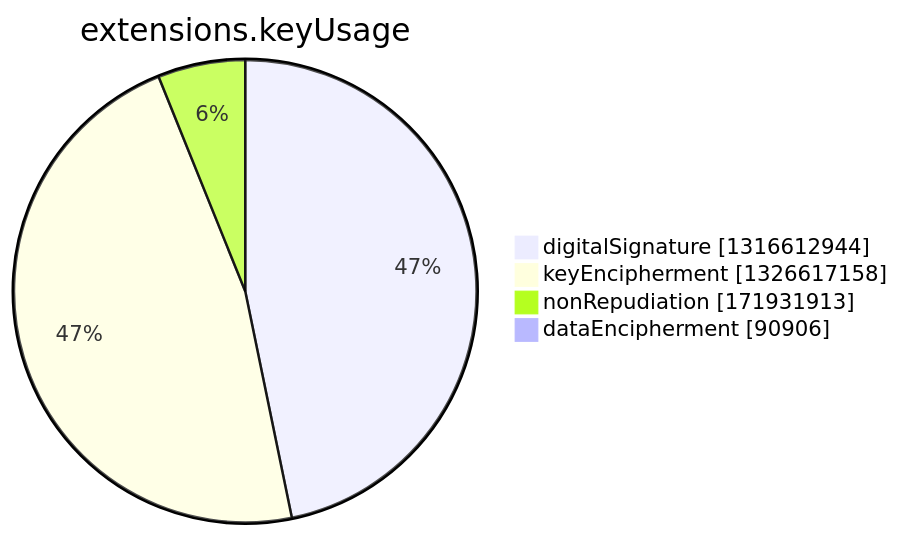
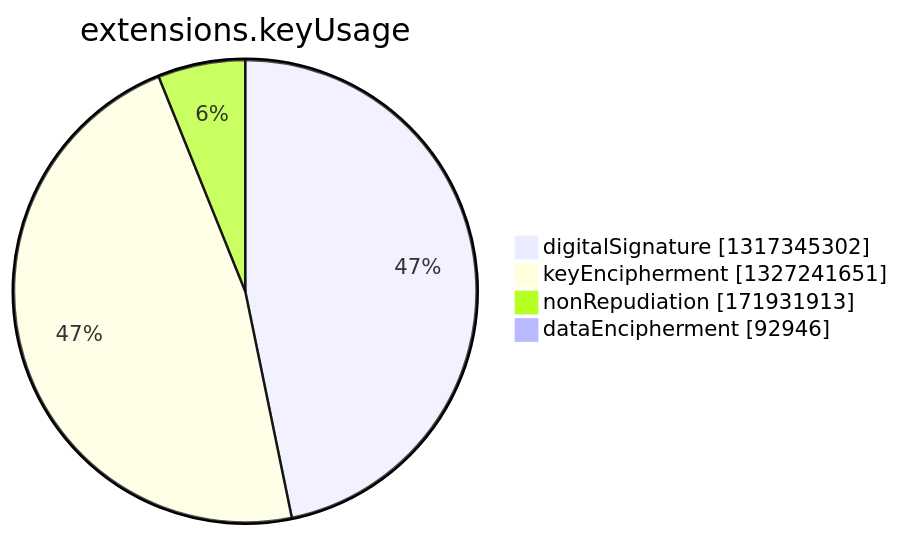
Before and after one commit to christiankrug/ctmonitor_visualization: the seventh of 15 diagrams in argon2022/README.md, drawn with Mermaid. The commit also changed other lines of this file, not shown here.

````diff
--- a/argon2022/README.md
+++ b/argon2022/README.md
@@ -2750,8 +2750,8 @@
 ```mermaid
 pie showData
 title extensions.keyUsage
-"digitalSignature" :1316612944
-"keyEncipherment" :1326617158
+"digitalSignature" :1317345302
+"keyEncipherment" :1327241651
 "nonRepudiation" :171931913
-"dataEncipherment" :90906
+"dataEncipherment" :92946
 ```
````
